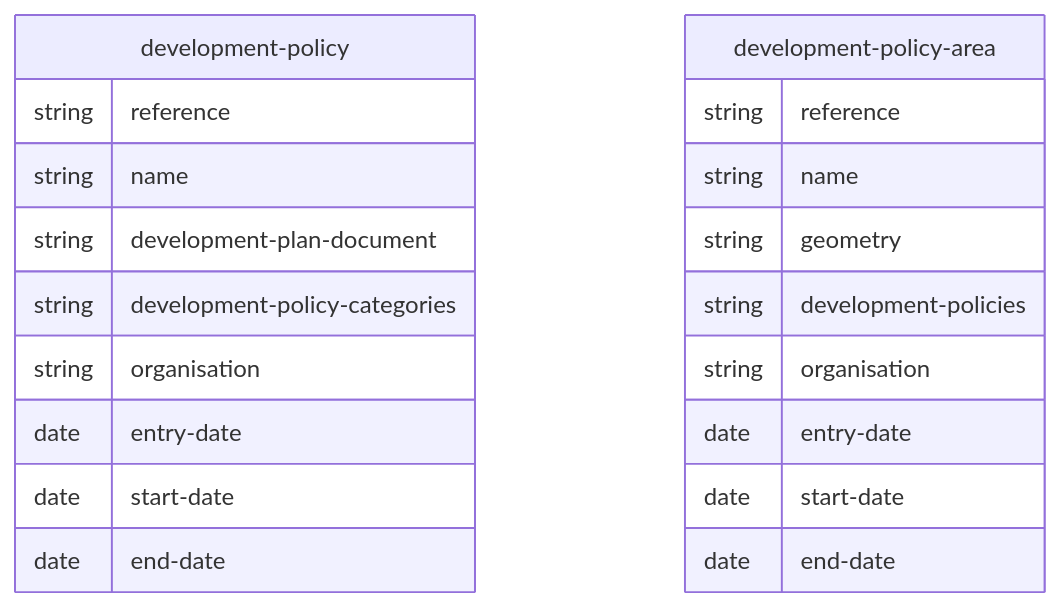
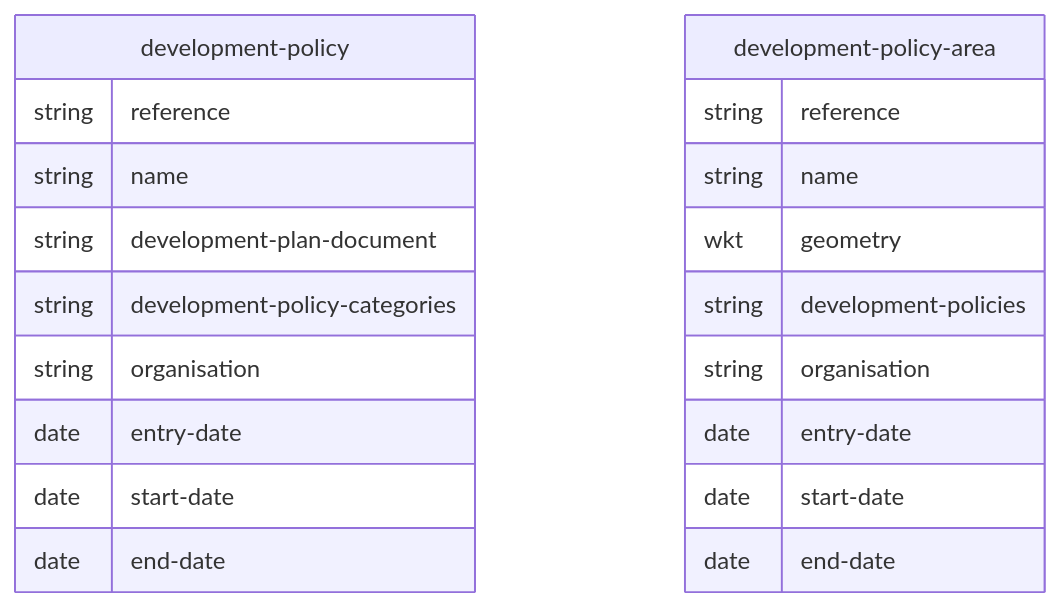
One commit to digital-land/specification changed the diagram in mermaid/development-policy.md. Above: the diagram before and after it, drawn with Mermaid. The commit also changed 9 other files, not shown here.

````diff
--- a/mermaid/development-policy.md
+++ b/mermaid/development-policy.md
@@ -4,23 +4,23 @@
 ```mermaid
 erDiagram
     development-policy {
         string reference
         string name
         string development-plan-document
         string development-policy-categories
         string organisation
         date entry-date
         date start-date
         date end-date
     }
     development-policy-area {
         string reference
         string name
-        string geometry
+        wkt geometry
         string development-policies
         string organisation
         date entry-date
         date start-date
         date end-date
     }
 ```
````
